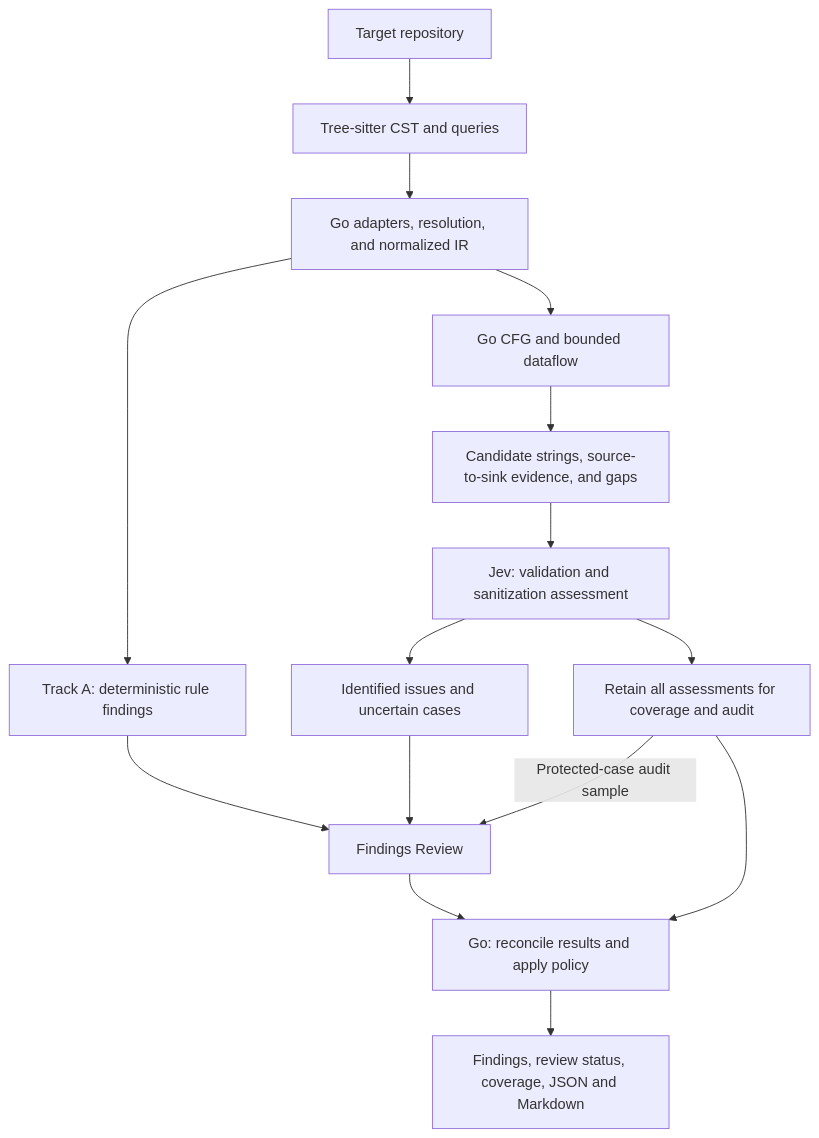
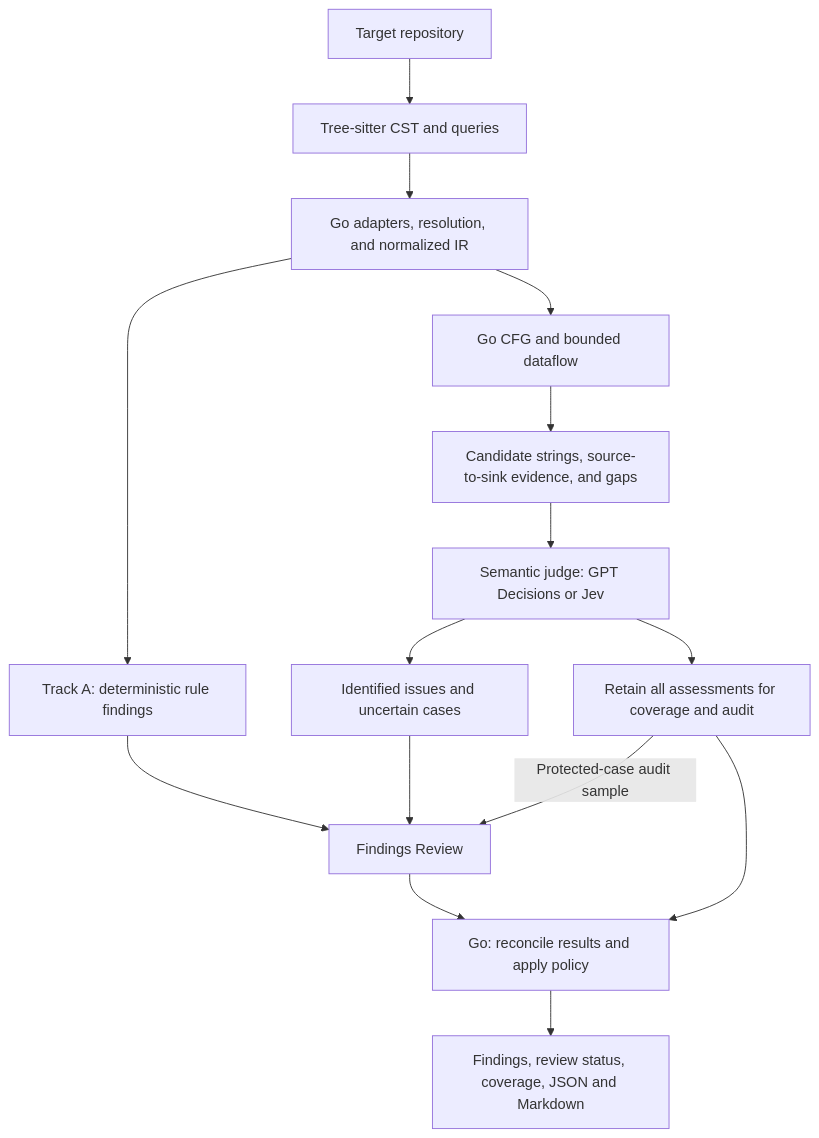
Before and after one commit to zazzcode/scan: the first of 3 diagrams in .zazz/architecture.md, drawn with Mermaid. The commit also changed other lines of this file and 76 other files, not shown here.

Commit message:
[PARSE+GRAPH+REPORT+DOC] Add route string assessment and SARIF evidence

````diff
--- a/.zazz/architecture.md
+++ b/.zazz/architecture.md
@@ -46,17 +83,17 @@
 ```mermaid
 flowchart TD
     Repo["Target repository"] --> Parse["Tree-sitter CST and queries"]
     Parse --> IR["Go adapters, resolution, and normalized IR"]
     IR --> Rules["Track A: deterministic rule findings"]
     IR --> Flow["Go CFG and bounded dataflow"]
     Flow --> Bundle["Candidate strings, source-to-sink evidence, and gaps"]
-    Bundle --> Jev["Jev: validation and sanitization assessment"]
-    Jev --> Issues["Identified issues and uncertain cases"]
-    Jev --> Retained["Retain all assessments for coverage and audit"]
+    Bundle --> Decision["Semantic judge: GPT Decisions or Jev"]
+    Decision --> Issues["Identified issues and uncertain cases"]
+    Decision --> Retained["Retain all assessments for coverage and audit"]
     Retained -->|Protected-case audit sample| Review
     Rules --> Review["Findings Review"]
     Issues --> Review
     Review --> Policy["Go: reconcile results and apply policy"]
     Retained --> Policy
     Policy --> Report["Findings, review status, coverage, JSON and Markdown"]
 ```
````
